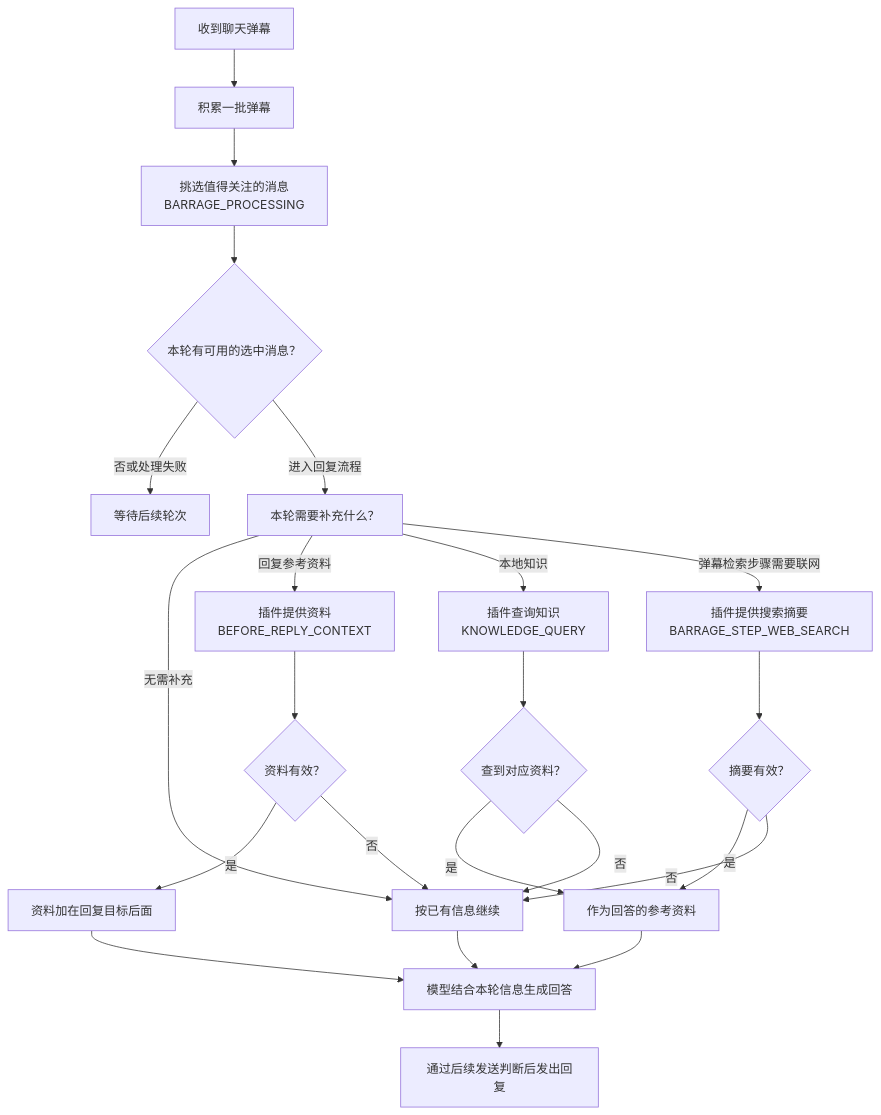
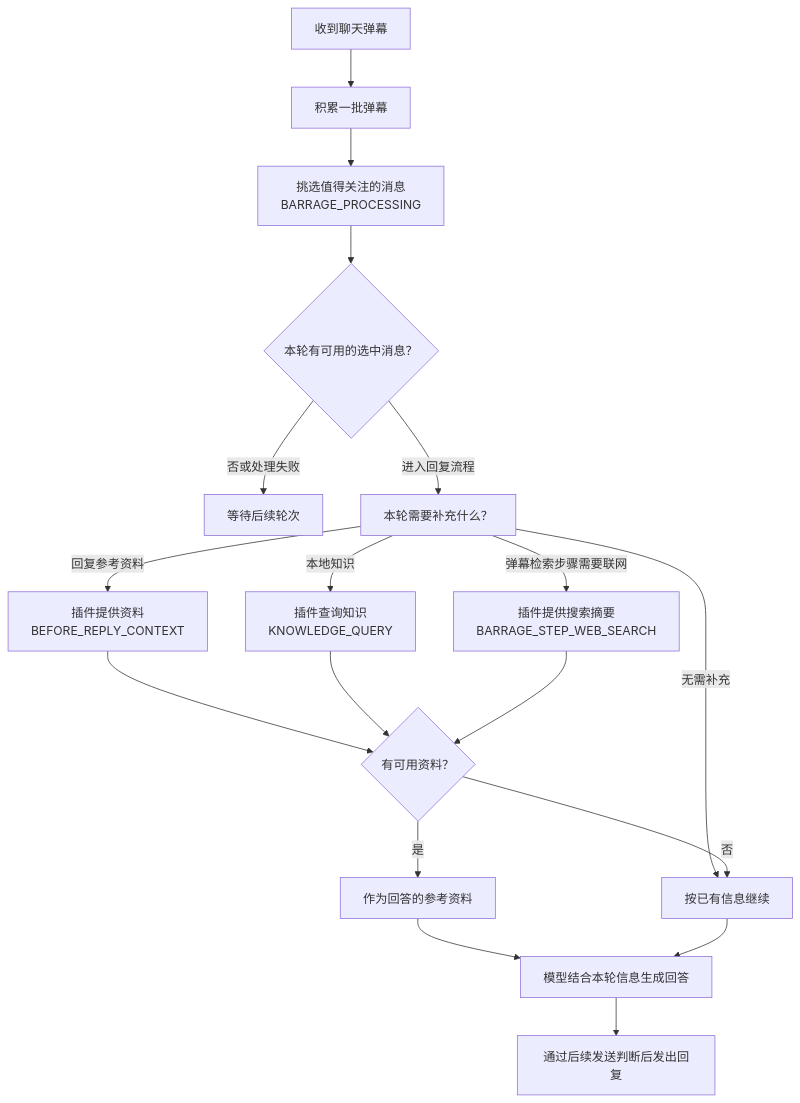
Before and after one commit to shengjiezhang1019-creator/lubi-plugin-market: the first of 3 diagrams in docs/hook-contracts.md, drawn with Mermaid.

Commit message:
docs: share context result handling in hook flow

````diff
--- a/docs/hook-contracts.md
+++ b/docs/hook-contracts.md
@@ -17,30 +17,25 @@
 ```mermaid
 flowchart TD
     incoming["收到聊天弹幕"] --> collect["积累一批弹幕"]
     collect --> select["挑选值得关注的消息<br/>BARRAGE_PROCESSING"]
     select --> picked{"本轮有可用的选中消息？"}
     picked -->|否或处理失败| skip["等待后续轮次"]
     picked -->|进入回复流程| need["本轮需要补充什么？"]
     need -->|无需补充| original["按已有信息继续"]
     need -->|回复参考资料| context["插件提供资料<br/>BEFORE_REPLY_CONTEXT"]
-    context --> contextok{"资料有效？"}
-    contextok -->|是| prompt["资料加在回复目标后面"]
-    contextok -->|否| original["按已有信息继续"]
     need -->|本地知识| knowledge["插件查询知识<br/>KNOWLEDGE_QUERY"]
-    knowledge --> knowledgeok{"查到对应资料？"}
-    knowledgeok -->|是| reference["作为回答的参考资料"]
-    knowledgeok -->|否| original
     need -->|弹幕检索步骤需要联网| web["插件提供搜索摘要<br/>BARRAGE_STEP_WEB_SEARCH"]
-    web --> webok{"摘要有效？"}
-    webok -->|是| reference
-    webok -->|否| original
-    prompt --> reply["模型结合本轮信息生成回答"]
-    reference --> reply
+    context --> usable{"有可用资料？"}
+    knowledge --> usable
+    web --> usable
+    usable -->|是| reference["作为回答的参考资料"]
+    usable -->|否| original
+    reference --> reply["模型结合本轮信息生成回答"]
     original --> reply
     reply --> send["通过后续发送判断后发出回复"]
 
     click select "https://github.com/shengjiezhang1019-creator/lubi-plugin-market/blob/main/docs/hook-contracts.md#barrage_processing" "查看弹幕筛选说明"
     click context "https://github.com/shengjiezhang1019-creator/lubi-plugin-market/blob/main/docs/hook-contracts.md#before_reply_context" "查看回复资料说明"
     click knowledge "https://github.com/shengjiezhang1019-creator/lubi-plugin-market/blob/main/docs/hook-contracts.md#knowledge_query" "查看知识查询说明"
     click web "https://github.com/shengjiezhang1019-creator/lubi-plugin-market/blob/main/docs/hook-contracts.md#barrage_step_web_search" "查看联网摘要说明"
 ```
````
